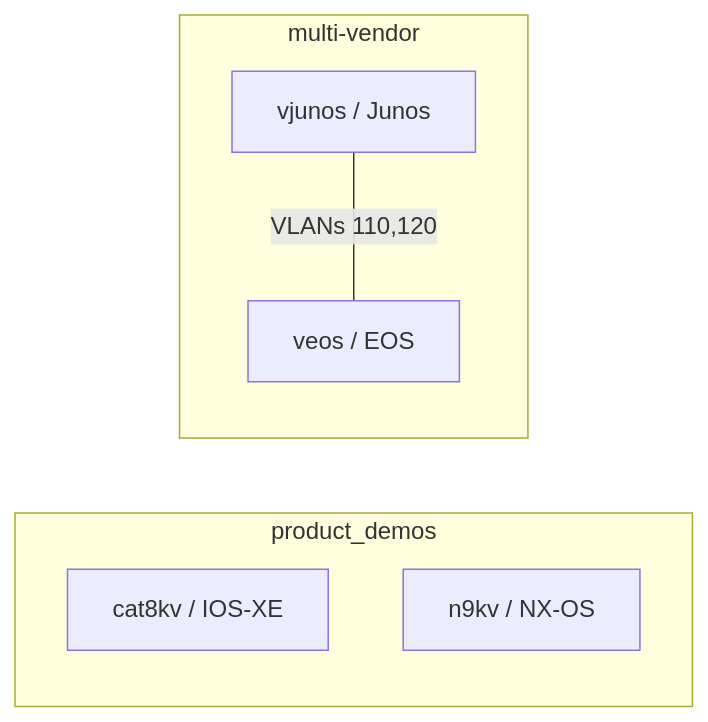
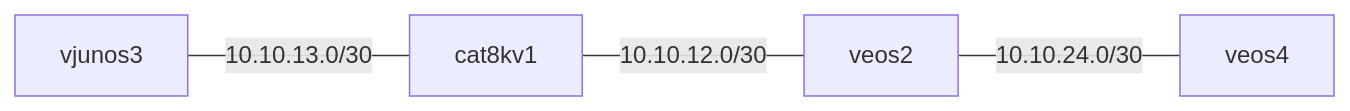
The diagram in network/docs/network-configuration.md (ansible/product-demos), drawn with Mermaid before and after one commit. The commit also changed other lines of this file and 35 other files, not shown here.

Commit message:
Use one connected Product Demos topology for cross-vendor demos

````diff
--- a/network/docs/network-configuration.md
+++ b/network/docs/network-configuration.md
@@ -9,10 +7,6 @@
 ```mermaid
 flowchart LR
-  subgraph product_demos
-    C[cat8kv / IOS-XE]
-    N[n9kv / NX-OS]
-  end
-  subgraph multi-vendor
-    J[vjunos / Junos] ---|VLANs 110,120| E[veos / EOS]
-  end
+  J[vjunos3] ---|10.10.13.0/30| C[cat8kv1]
+  C ---|10.10.12.0/30| E[veos2]
+  E ---|10.10.24.0/30| F[veos4]
 ```
````
